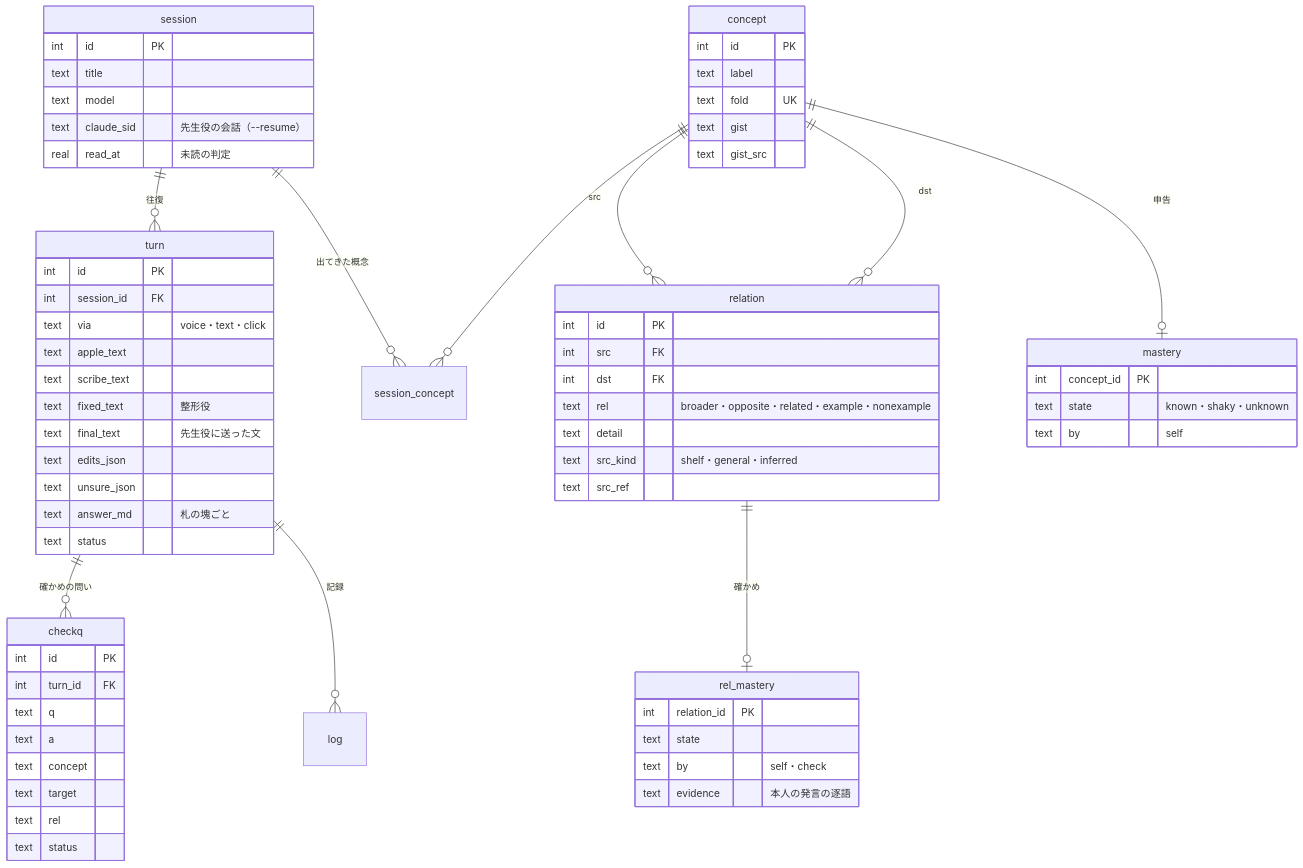
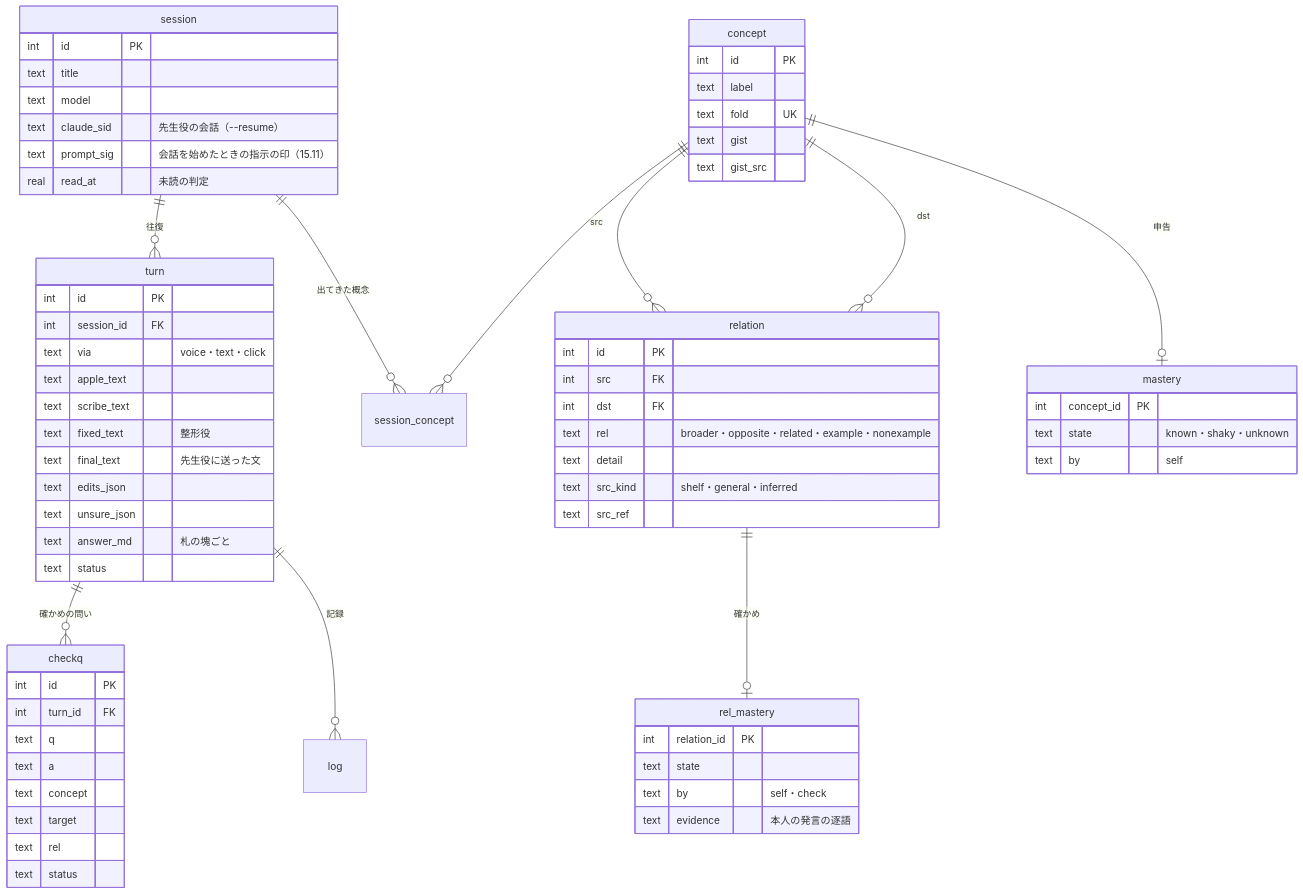
The diagram in DESIGN-となり-声で回す概念の学び-2026-10.md (nomura-t/tonari), drawn with Mermaid before and after one commit. The commit also changed other lines of this file and 17 other files, not shown here.

````diff
--- a/DESIGN-となり-声で回す概念の学び-2026-10.md
+++ b/DESIGN-となり-声で回す概念の学び-2026-10.md
@@ -116,55 +116,56 @@
 ```mermaid
 erDiagram
   session ||--o{ turn : "往復"
   session ||--o{ session_concept : "出てきた概念"
   concept ||--o{ session_concept : ""
   concept ||--o{ relation : "src"
   concept ||--o{ relation : "dst"
   concept ||--o| mastery : "申告"
   relation ||--o| rel_mastery : "確かめ"
   turn ||--o{ checkq : "確かめの問い"
   turn ||--o{ log : "記録"
   session { int id PK
     text title
     text model
     text claude_sid "先生役の会話（--resume）"
+    text prompt_sig "会話を始めたときの指示の印（15.11）"
     real read_at "未読の判定" }
   turn { int id PK
     int session_id FK
     text via "voice・text・click"
     text apple_text
     text scribe_text
     text fixed_text "整形役"
     text final_text "先生役に送った文"
     text edits_json
     text unsure_json
     text answer_md "札の塊ごと"
     text status }
   concept { int id PK
     text label
     text fold UK
     text gist
     text gist_src }
   relation { int id PK
     int src FK
     int dst FK
     text rel "broader・opposite・related・example・nonexample"
     text detail
     text src_kind "shelf・general・inferred"
     text src_ref }
   mastery { int concept_id PK
     text state "known・shaky・unknown"
     text by "self" }
   rel_mastery { int relation_id PK
     text state
     text by "self・check"
     text evidence "本人の発言の逐語" }
   checkq { int id PK
     int turn_id FK
     text q
     text a
     text concept
     text target
     text rel
     text status }
 ```
````
